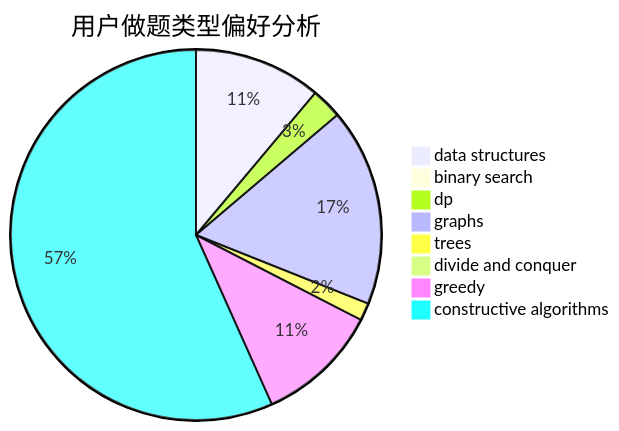
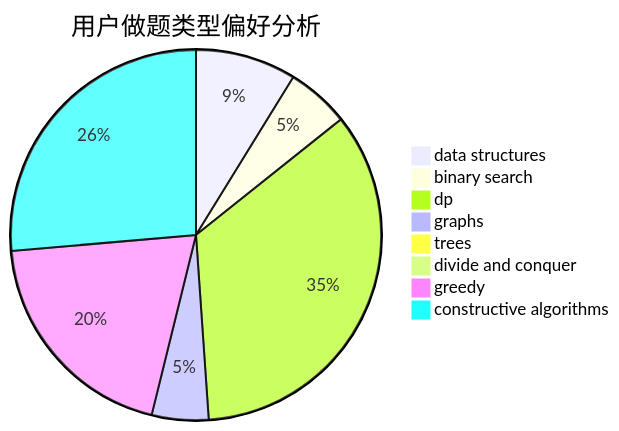
Before and after one commit to sherpahu/cfrs.github.io: the second of 3 diagrams in docs/user/u2187.md, drawn with Mermaid. The commit also changed other lines of this file and 2770 other files, not shown here.

````diff
--- a/docs/user/u2187.md
+++ b/docs/user/u2187.md
@@ -23,11 +23,11 @@
 ```mermaid
 pie title 用户做题类型偏好分析
-    "data structures" :  29
-    "binary search" :  0
-    "dp" :  7
-    "graphs" :  45
-    "trees" :  4
+    "data structures" :  16
+    "binary search" :  10
+    "dp" :  63
+    "graphs" :  9
+    "trees" :  0
     "divide and conquer" :  0
-    "greedy" :  28
-    "constructive algorithms" :  148
+    "greedy" :  36
+    "constructive algorithms" :  48
 ```
````
